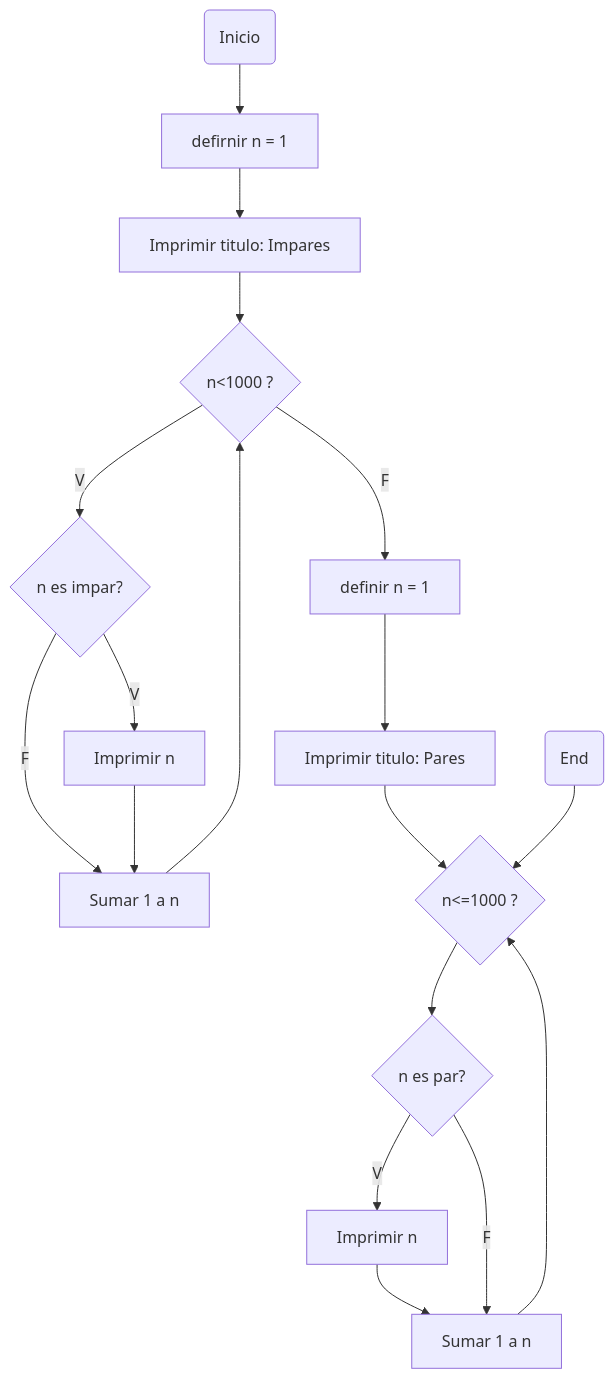
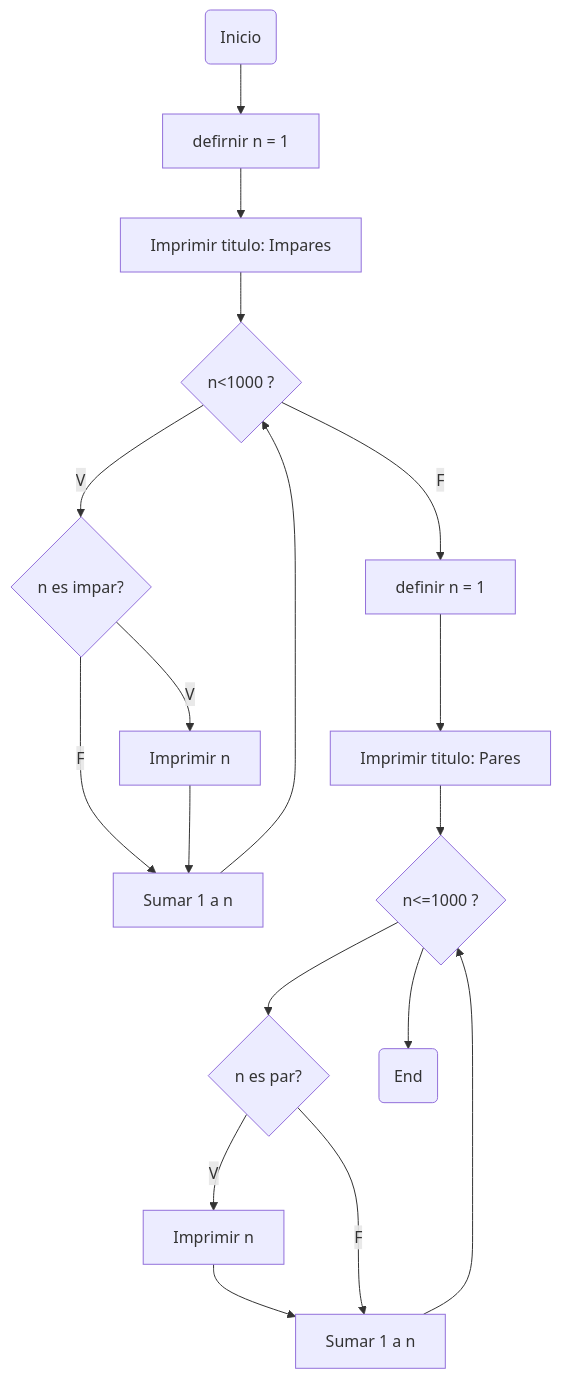
The second of 2 diagrams in README.md (Felip-UN/Bucles-R6), drawn with Mermaid before and after one commit.

Commit message:
Cambio menor D.2

````diff
--- a/README.md
+++ b/README.md
@@ -34,33 +34,33 @@
 ```mermaid
 ---
 config:
   layout: fixed
 ---
 flowchart TD
     n1["Inicio"] --> n2["defirnir n = 1"]
     n2 --> n3["Imprimir titulo: Impares"]
     n3 --> n4["n&lt;1000 ?"]
     n4 -- F --> n6["definir n = 1"]
     n4 -- V --> n7["n es impar?"]
     n7 -- F --> n8["Sumar 1 a n"]
     n7 -- V --> n9["Imprimir n"]
     n9 --> n8
     n8 --> n4
     n10["n es par?"] -- V --> n12["Imprimir n"]
     n12 --> n11["Sumar 1 a n"]
     n6 --> n13["Imprimir titulo: Pares"]
     n10 -- F --> n11
     n13 --> n15["n&lt;=1000 ?"]
     n15 --> n10
     n11 --> n15
-    n14["End"] --> n15
+    n15 --> n14["End"]
     n1@{ shape: rounded}
     n4@{ shape: diam}
     n7@{ shape: diam}
     n10@{ shape: diam}
     n12@{ shape: rect}
     n11@{ shape: rect}
     n13@{ shape: rect}
     n15@{ shape: diam}
     n14@{ shape: rounded}
 ```
````
